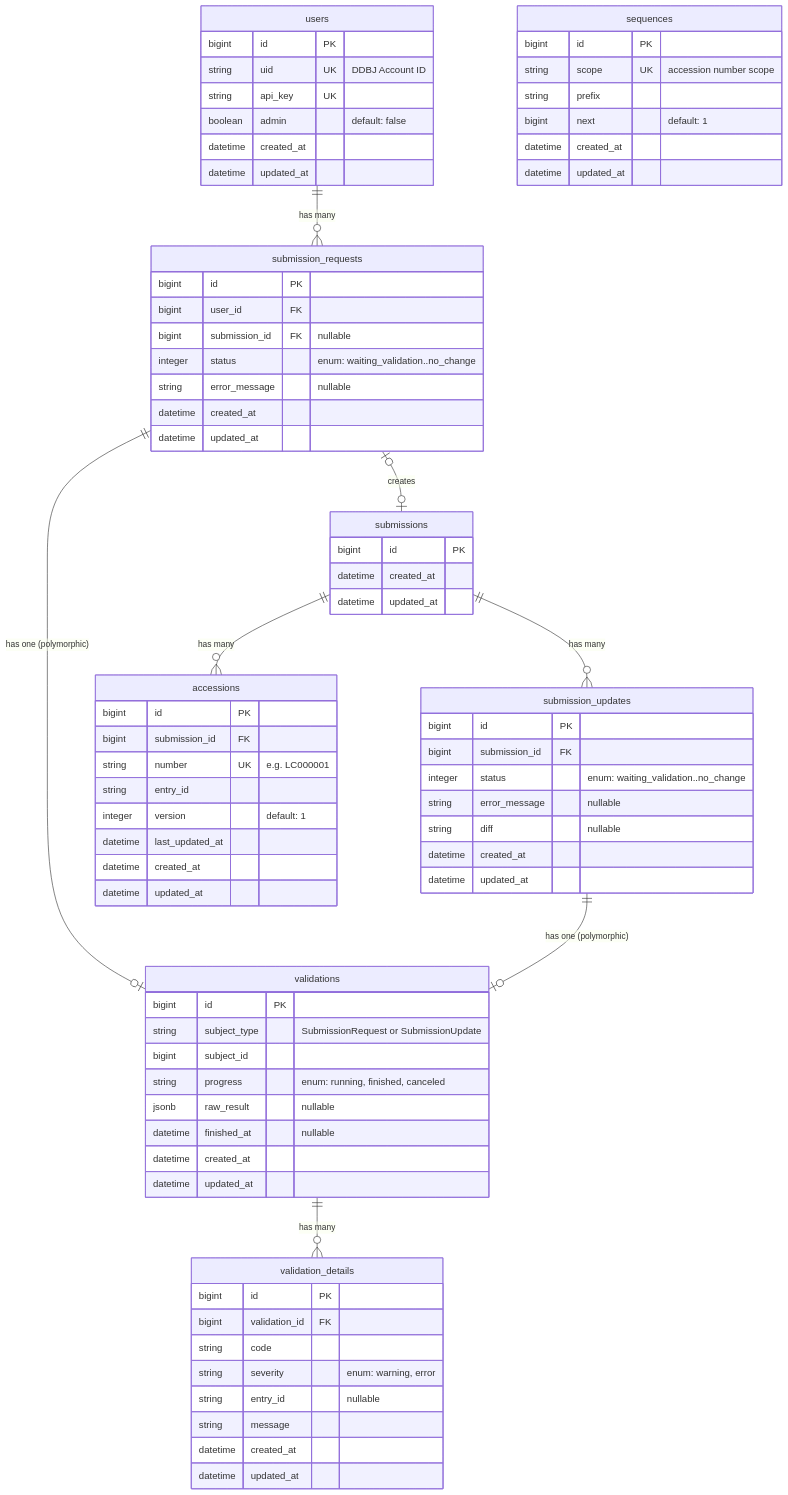
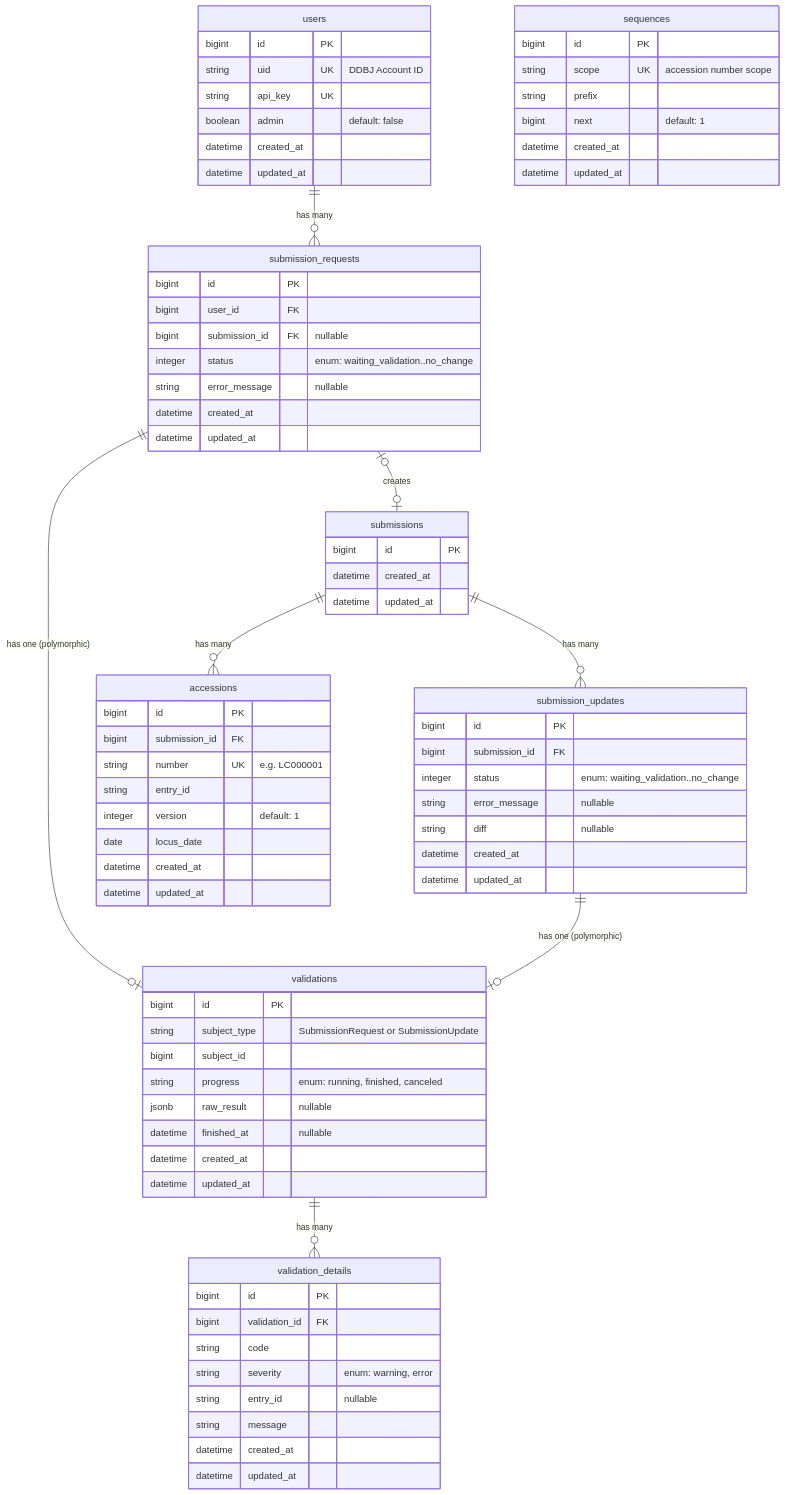
The second of 2 diagrams in README.md (ddbj/ddbj-repository), drawn with Mermaid before and after one commit. The commit also changed 8 other files, not shown here.

First line of the commit message:
Rename accessions.last_updated_at to locus_date (date)

```diff
--- a/README.md
+++ b/README.md
@@ -96,7 +96,7 @@
         string number UK "e.g. LC000001"
         string entry_id
         integer version "default: 1"
-        datetime last_updated_at
+        date locus_date
         datetime created_at
         datetime updated_at
     }
```
